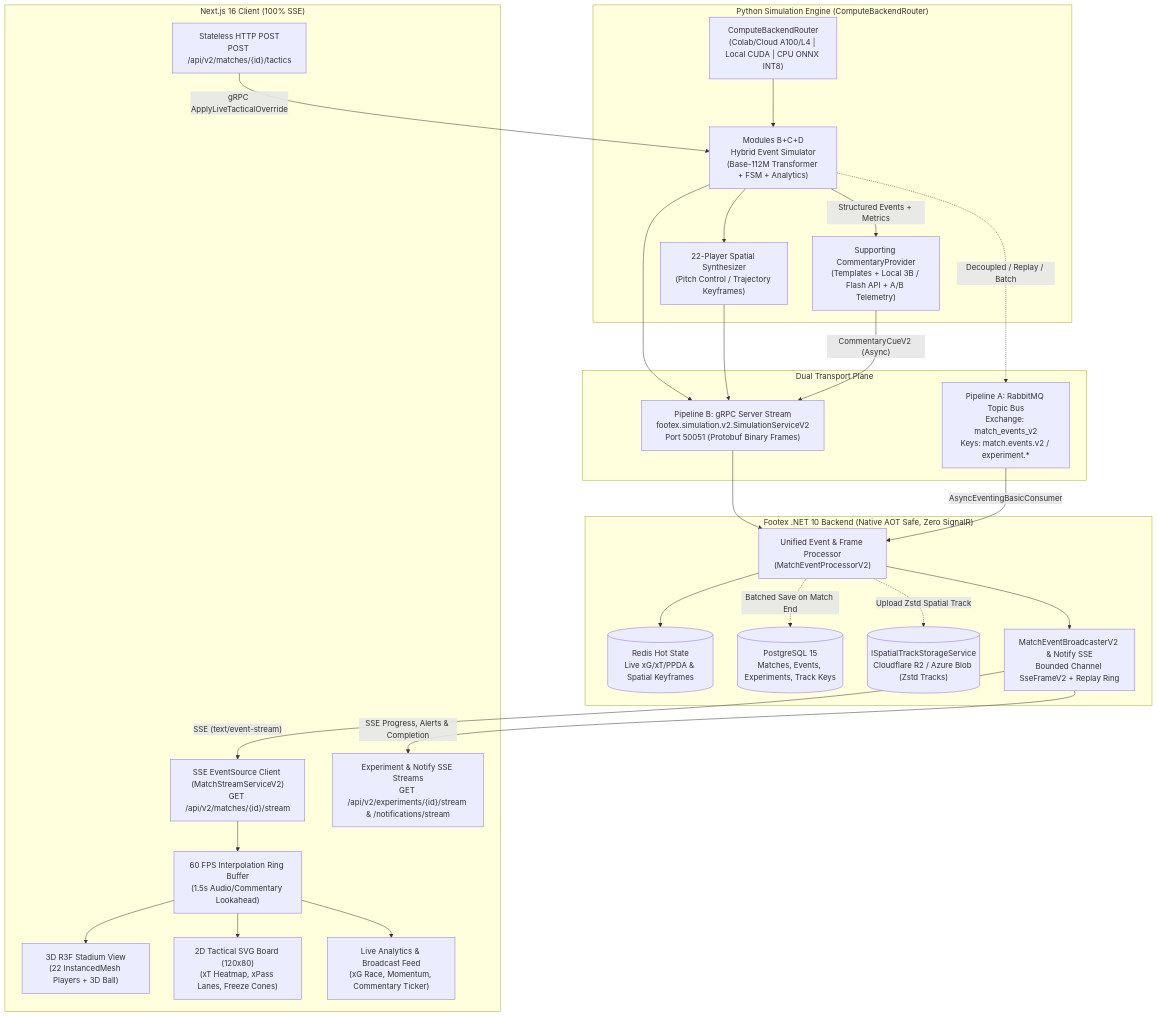
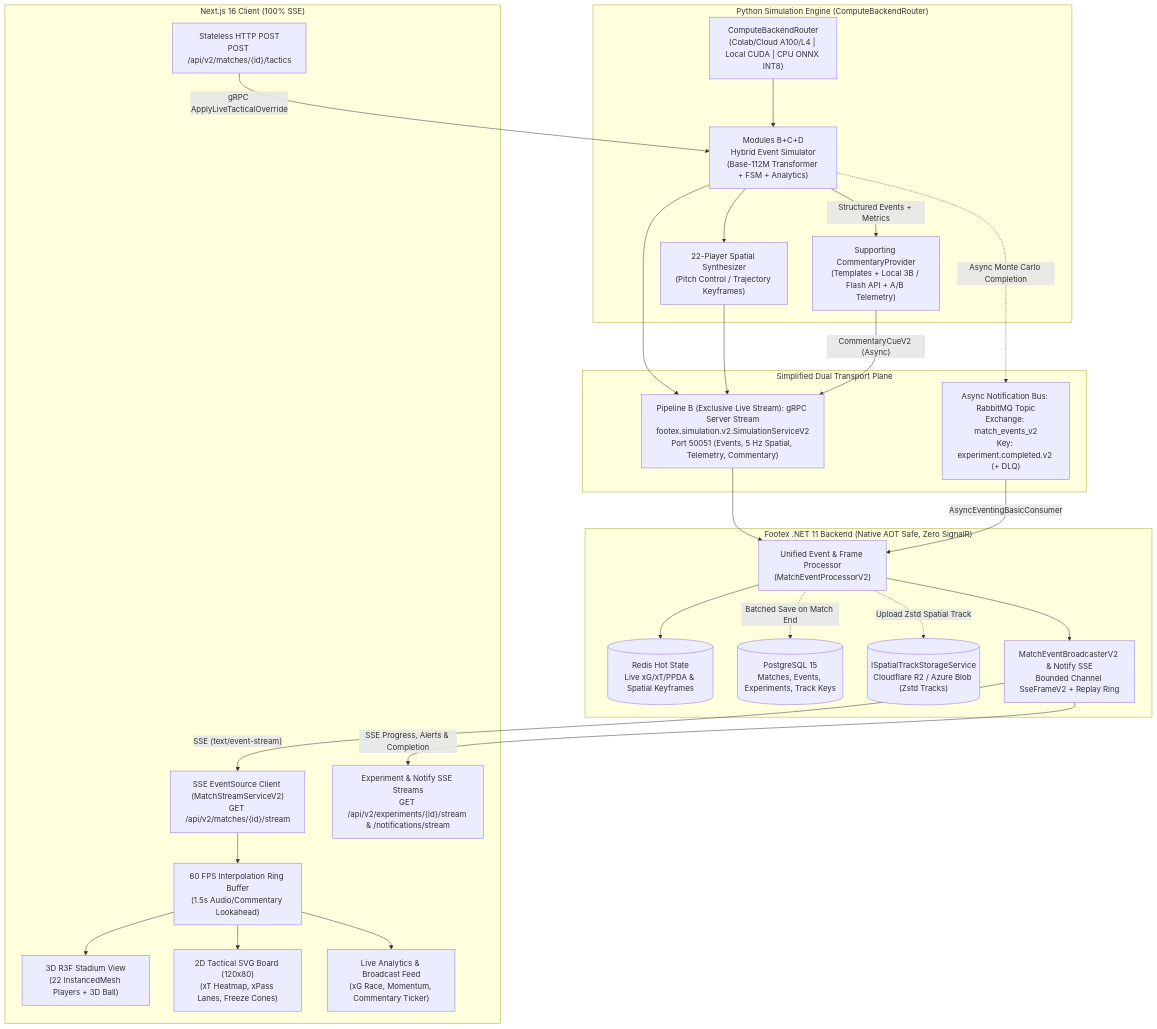
One commit to Nader7x/PixelPitchAI changed the diagram in docs/revamp/04_presentation_and_integration.md. Above: the diagram before and after it, drawn with Mermaid. The commit also changed other lines of this file and 4 other files, not shown here.

Commit message:
docs(revamp): align v2 masterplans with .NET 11, Drive-first Colab, and streamlined transport

````diff
--- a/docs/revamp/04_presentation_and_integration.md
+++ b/docs/revamp/04_presentation_and_integration.md
@@ -30,55 +30,55 @@
 ```mermaid
 flowchart TB
     subgraph SimEngine["Python Simulation Engine (ComputeBackendRouter)"]
         Router["ComputeBackendRouter\n(Colab/Cloud A100/L4 | Local CUDA | CPU ONNX INT8)"]
         HybridSim["Modules B+C+D\nHybrid Event Simulator\n(Base-112M Transformer + FSM + Analytics)"]
         SpatialInterp["22-Player Spatial Synthesizer\n(Pitch Control / Trajectory Keyframes)"]
         LLMCommentator["Supporting CommentaryProvider\n(Templates + Local 3B / Flash API + A/B Telemetry)"]
     end
 
-    subgraph Transport["Dual Transport Plane"]
-        GrpcV2["Pipeline B: gRPC Server Stream\nfootex.simulation.v2.SimulationServiceV2\nPort 50051 (Protobuf Binary Frames)"]
-        RMQV2["Pipeline A: RabbitMQ Topic Bus\nExchange: match_events_v2\nKeys: match.events.v2 / experiment.*"]
+    subgraph Transport["Simplified Dual Transport Plane"]
+        GrpcV2["Pipeline B (Exclusive Live Stream): gRPC Server Stream\nfootex.simulation.v2.SimulationServiceV2\nPort 50051 (Events, 5 Hz Spatial, Telemetry, Commentary)"]
+        RMQV2["Async Notification Bus: RabbitMQ Topic\nExchange: match_events_v2\nKey: experiment.completed.v2 (+ DLQ)"]
     end
 
-    subgraph Backend["Footex .NET 10 Backend (Native AOT Safe, Zero SignalR)"]
+    subgraph Backend["Footex .NET 11 Backend (Native AOT Safe, Zero SignalR)"]
         Ingest["Unified Event & Frame Processor\n(MatchEventProcessorV2)"]
         RedisHot[("Redis Hot State\nLive xG/xT/PPDA & Spatial Keyframes")]
         PgCold[("PostgreSQL 15\nMatches, Events, Experiments, Track Keys")]
         ObjStore[("ISpatialTrackStorageService\nCloudflare R2 / Azure Blob (Zstd Tracks)")]
         Broadcaster["MatchEventBroadcasterV2 & Notify SSE\nBounded Channel SseFrameV2 + Replay Ring"]
     end
 
     subgraph Frontend["Next.js 16 Client (100% SSE)"]
         SSEClient["SSE EventSource Client (MatchStreamServiceV2)\nGET /api/v2/matches/{id}/stream"]
         ExpSSE["Experiment & Notify SSE Streams\nGET /api/v2/experiments/{id}/stream & /notifications/stream"]
         RestTactics["Stateless HTTP POST\nPOST /api/v2/matches/{id}/tactics"]
         InterpBuffer["60 FPS Interpolation Ring Buffer\n(1.5s Audio/Commentary Lookahead)"]
         Pitch3D["3D R3F Stadium View\n(22 InstancedMesh Players + 3D Ball)"]
         Pitch2D["2D Tactical SVG Board (120x80)\n(xT Heatmap, xPass Lanes, Freeze Cones)"]
         AnalyticsUI["Live Analytics & Broadcast Feed\n(xG Race, Momentum, Commentary Ticker)"]
     end
 
     Router --> HybridSim
     HybridSim --> SpatialInterp
     HybridSim -->|"Structured Events + Metrics"| LLMCommentator
     HybridSim --> GrpcV2
     SpatialInterp --> GrpcV2
     LLMCommentator -->|"CommentaryCueV2 (Async)"| GrpcV2
-    HybridSim -.->|"Decoupled / Replay / Batch"| RMQV2
+    HybridSim -.->|"Async Monte Carlo Completion"| RMQV2
 
     GrpcV2 --> Ingest
     RMQV2 -->|"AsyncEventingBasicConsumer"| Ingest
     Ingest --> RedisHot
     Ingest --> Broadcaster
     Ingest -.->|"Batched Save on Match End"| PgCold
     Ingest -.->|"Upload Zstd Spatial Track"| ObjStore
     Broadcaster -->|"SSE (text/event-stream)"| SSEClient
     Broadcaster -->|"SSE Progress, Alerts & Completion"| ExpSSE
 
     SSEClient --> InterpBuffer
     InterpBuffer --> Pitch3D
     InterpBuffer --> Pitch2D
     InterpBuffer --> AnalyticsUI
     RestTactics -->|"gRPC ApplyLiveTacticalOverride"| HybridSim
 ```
````
